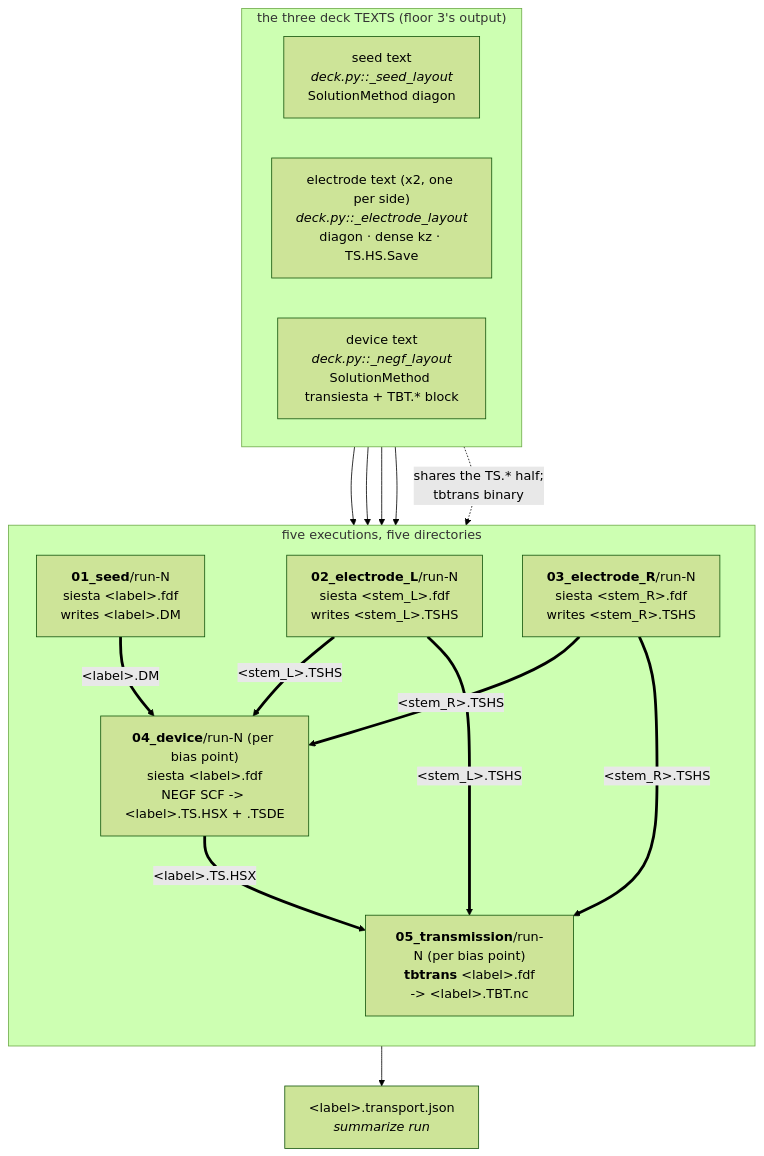
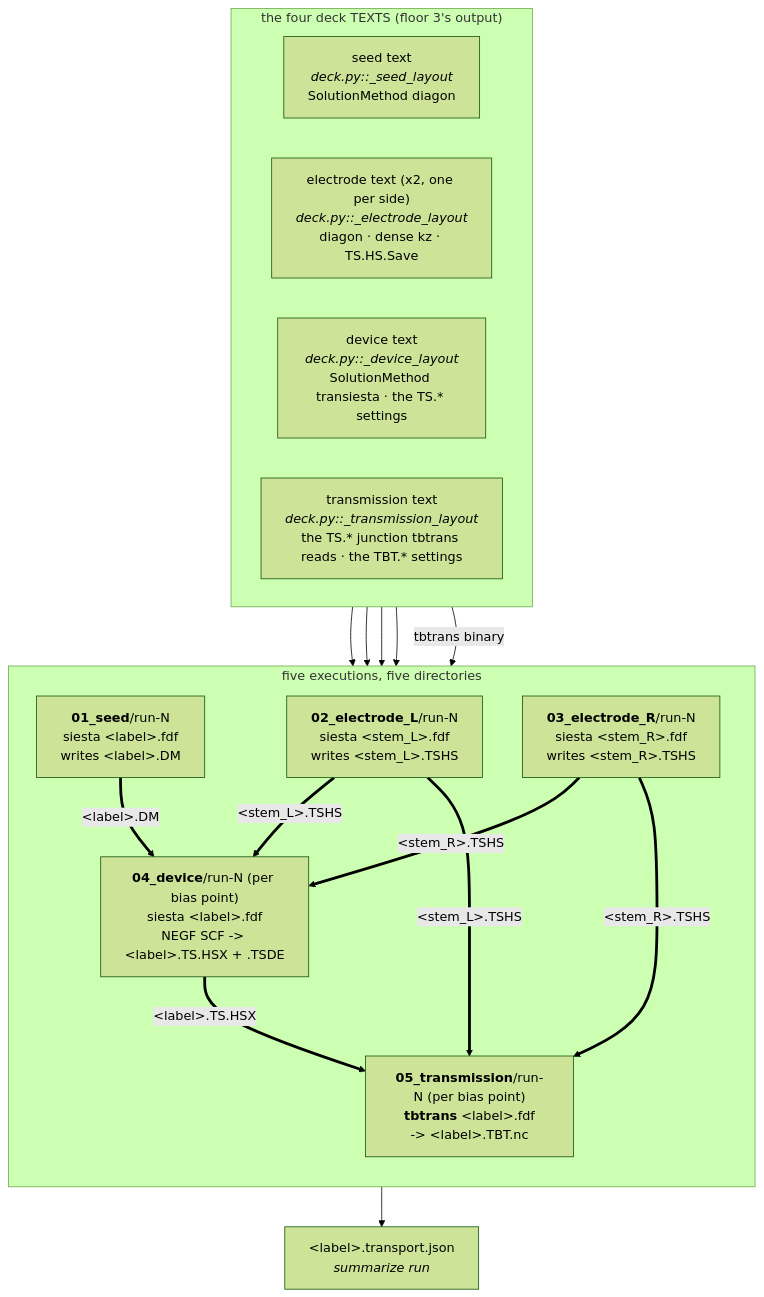
The tenth of 11 diagrams in docs/engines/transport.md (Qing-LAB/molbuilder), drawn with Mermaid (forest theme) before and after one commit. The commit also changed other lines of this file and 22 other files, not shown here.

````diff
--- a/docs/engines/transport.md
+++ b/docs/engines/transport.md
@@ -2592,32 +2613,33 @@
 ```mermaid
 flowchart TB
-    subgraph TXT["the three deck TEXTS (floor 3's output)"]
+    subgraph TXT["the four deck TEXTS (floor 3's output)"]
       direction LR
       T1["seed text<br/><i>deck.py::_seed_layout</i><br/>SolutionMethod diagon"]
       T2["electrode text (x2, one per side)<br/><i>deck.py::_electrode_layout</i><br/>diagon · dense kz · TS.HS.Save"]
-      T3["device text<br/><i>deck.py::_negf_layout</i><br/>SolutionMethod transiesta + TBT.* block"]
+      T3["device text<br/><i>deck.py::_device_layout</i><br/>SolutionMethod transiesta · the TS.* settings"]
+      T4["transmission text<br/><i>deck.py::_transmission_layout</i><br/>the TS.* junction tbtrans reads · the TBT.* settings"]
     end
 
     T1 --> S1
     T2 --> S2
     T2 --> S3
     T3 --> S4
-    T3 -.->|"shares the TS.* half;<br/>tbtrans binary"| S5
+    T4 -->|"tbtrans binary"| S5
 
     subgraph RUN["five executions, five directories"]
       direction TB
       S1["<b>01_seed</b>/run-N<br/>siesta &lt;label&gt;.fdf<br/>writes &lt;label&gt;.DM"]
       S2["<b>02_electrode_L</b>/run-N<br/>siesta &lt;stem_L&gt;.fdf<br/>writes &lt;stem_L&gt;.TSHS"]
       S3["<b>03_electrode_R</b>/run-N<br/>siesta &lt;stem_R&gt;.fdf<br/>writes &lt;stem_R&gt;.TSHS"]
       S4["<b>04_device</b>/run-N (per bias point)<br/>siesta &lt;label&gt;.fdf<br/>NEGF SCF -> &lt;label&gt;.TS.HSX + .TSDE"]
       S5["<b>05_transmission</b>/run-N (per bias point)<br/><b>tbtrans</b> &lt;label&gt;.fdf<br/>-> &lt;label&gt;.TBT.nc"]
     end
 
     S1 ==>|"&lt;label&gt;.DM"| S4
     S2 ==>|"&lt;stem_L&gt;.TSHS"| S4
     S3 ==>|"&lt;stem_R&gt;.TSHS"| S4
     S2 ==>|"&lt;stem_L&gt;.TSHS"| S5
     S3 ==>|"&lt;stem_R&gt;.TSHS"| S5
     S4 ==>|"&lt;label&gt;.TS.HSX"| S5
     S5 --> REC["&lt;label&gt;.transport.json<br/><i>summarize run</i>"]
 ```
````
